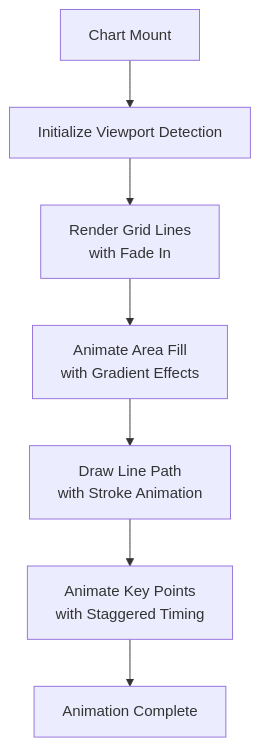
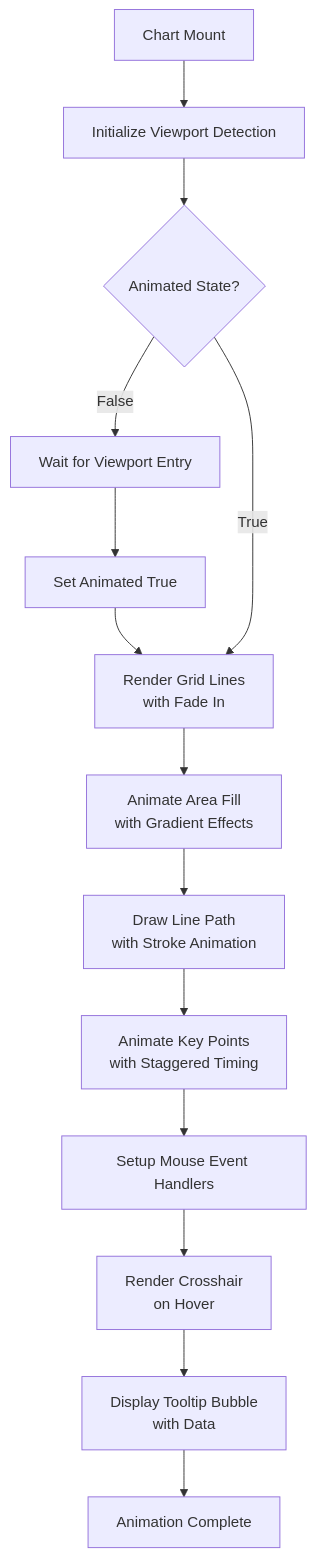
The fifth of 7 diagrams in .qoder/repowiki/en/content/Component Library & UI Elements/ImpactSection Component.md (subash7781/Portfolio), drawn with Mermaid before and after one commit. The commit also changed other lines of this file and 8 other files, not shown here.

````diff
--- a/.qoder/repowiki/en/content/Component Library & UI Elements/ImpactSection Component.md
+++ b/.qoder/repowiki/en/content/Component Library & UI Elements/ImpactSection Component.md
@@ -170,9 +183,16 @@
 ```mermaid
 flowchart TD
 Mount["Chart Mount"] --> Init["Initialize Viewport Detection"]
-Init --> GridLines["Render Grid Lines<br/>with Fade In"]
+Init --> AnimatedCheck{"Animated State?"}
+AnimatedCheck --> |False| Wait["Wait for Viewport Entry"]
+Wait --> SetAnimated["Set Animated True"]
+SetAnimated --> GridLines["Render Grid Lines<br/>with Fade In"]
+AnimatedCheck --> |True| GridLines
 GridLines --> AreaFill["Animate Area Fill<br/>with Gradient Effects"]
 AreaFill --> LineDraw["Draw Line Path<br/>with Stroke Animation"]
 LineDraw --> DotAppear["Animate Key Points<br/>with Staggered Timing"]
-DotAppear --> Complete["Animation Complete"]
+DotAppear --> HoverSetup["Setup Mouse Event Handlers"]
+HoverSetup --> Crosshair["Render Crosshair<br/>on Hover"]
+Crosshair --> Tooltip["Display Tooltip Bubble<br/>with Data"]
+Tooltip --> Complete["Animation Complete"]
 ```
````
